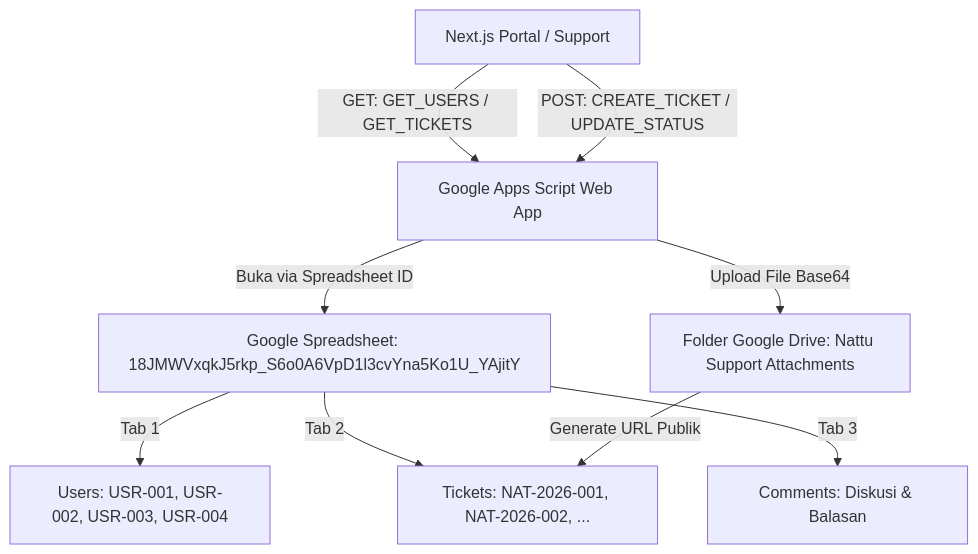
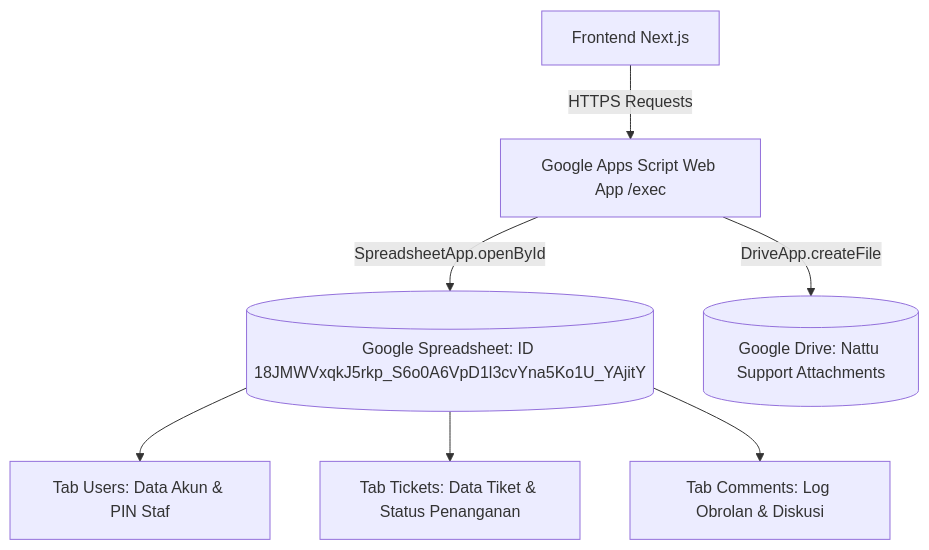
Before and after one commit to dendyoioi/nsg-website: the second of 2 diagrams in IMPLEMENTATION_PLAN.md, drawn with Mermaid. The commit also changed other lines of this file, not shown here.

Commit message:
docs: enrich implementation plan with end-to-end flowchart and module breakdown

````diff
--- a/IMPLEMENTATION_PLAN.md
+++ b/IMPLEMENTATION_PLAN.md
@@ -10,13 +143,11 @@
 ```mermaid
 flowchart TD
-    A[Next.js Portal / Support] -->|GET: GET_USERS / GET_TICKETS| B[Google Apps Script Web App]
-    A -->|POST: CREATE_TICKET / UPDATE_STATUS| B
+    NextApp[Frontend Next.js] -->|HTTPS Requests| GAS[Google Apps Script Web App /exec]
     
-    B -->|Buka via Spreadsheet ID| C[Google Spreadsheet: 18JMWVxqkJ5rkp_S6o0A6VpD1l3cvYna5Ko1U_YAjitY]
-    C -->|Tab 1| D[Users: USR-001, USR-002, USR-003, USR-004]
-    C -->|Tab 2| E[Tickets: NAT-2026-001, NAT-2026-002, ...]
-    C -->|Tab 3| F[Comments: Diskusi & Balasan]
+    GAS -->|SpreadsheetApp.openById| GS[(Google Spreadsheet: ID 18JMWVxqkJ5rkp_S6o0A6VpD1l3cvYna5Ko1U_YAjitY)]
+    GS --> Tab1[Tab Users: Data Akun & PIN Staf]
+    GS --> Tab2[Tab Tickets: Data Tiket & Status Penanganan]
+    GS --> Tab3[Tab Comments: Log Obrolan & Diskusi]
     
-    B -->|Upload File Base64| G[Folder Google Drive: Nattu Support Attachments]
-    G -->|Generate URL Publik| E
+    GAS -->|DriveApp.createFile| GD[(Google Drive: Nattu Support Attachments)]
 ```
````
